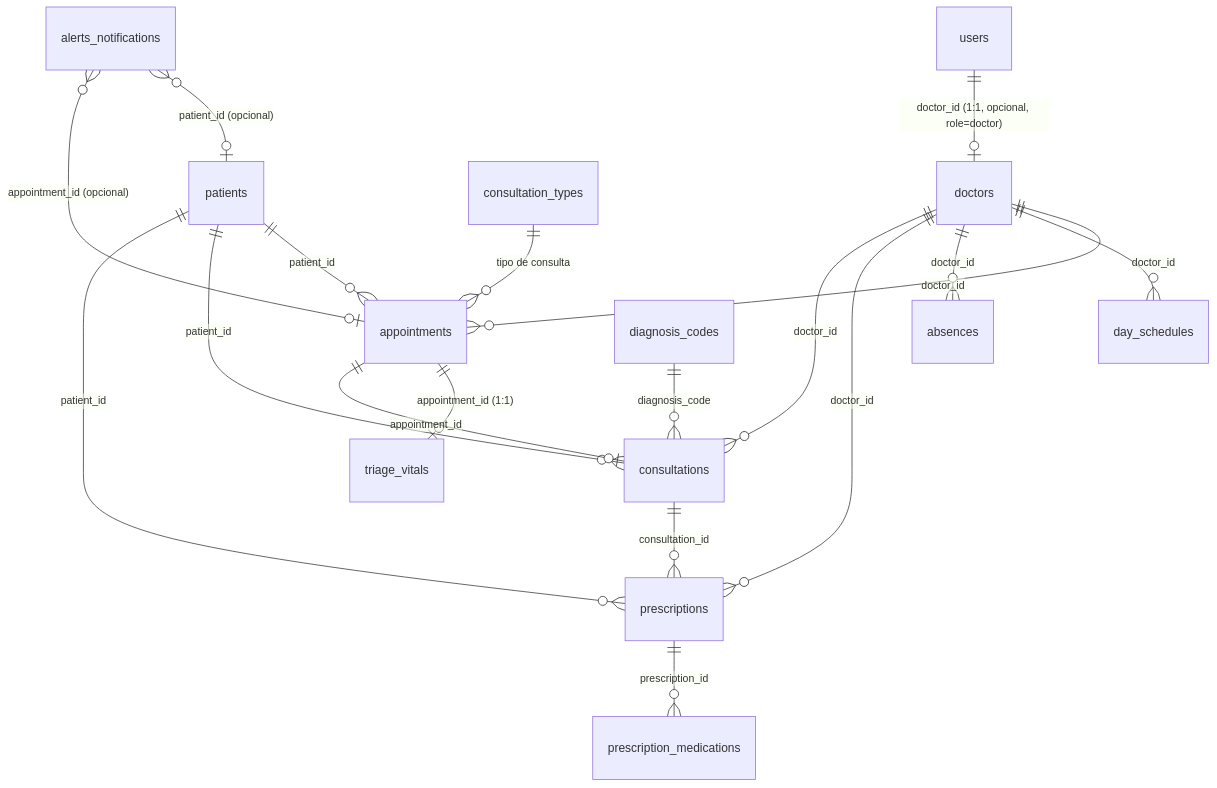
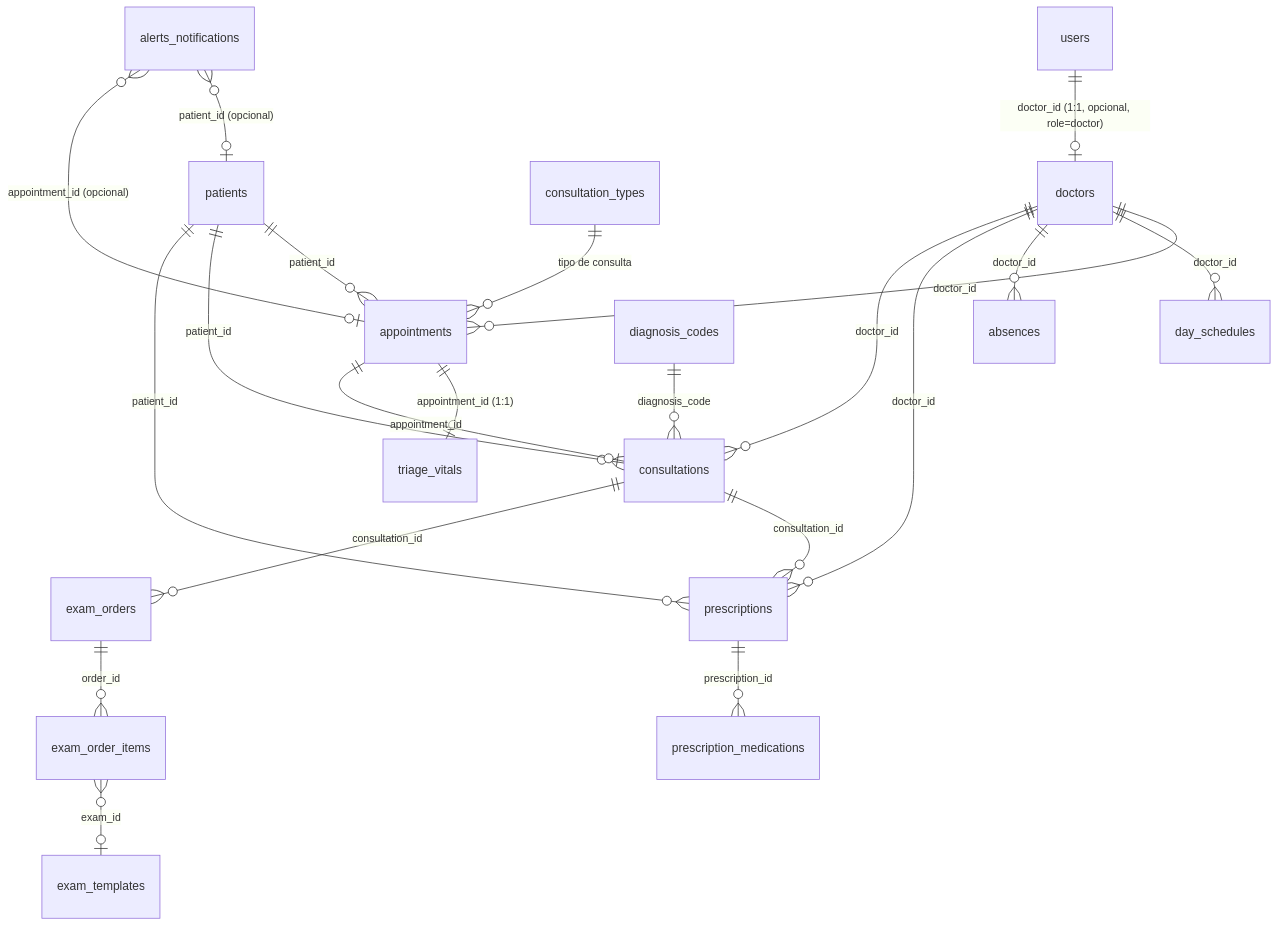
The diagram in docs/DB_STRUCTURE_PROPOSAL.md (valeriacampos17/MedControl-Clinical-Suite), drawn with Mermaid before and after one commit. The commit also changed other lines of this file and 6 other files, not shown here.

````diff
--- a/docs/DB_STRUCTURE_PROPOSAL.md
+++ b/docs/DB_STRUCTURE_PROPOSAL.md
@@ -23,20 +23,23 @@
 ```mermaid
 erDiagram
     users ||--o| doctors : "doctor_id (1:1, opcional, role=doctor)"
     doctors ||--o{ appointments : "doctor_id"
     doctors ||--o{ day_schedules : "doctor_id"
     doctors ||--o{ absences : "doctor_id"
     doctors ||--o{ prescriptions : "doctor_id"
     doctors ||--o{ consultations : "doctor_id"
     patients ||--o{ appointments : "patient_id"
     patients ||--o{ consultations : "patient_id"
     patients ||--o{ prescriptions : "patient_id"
     appointments ||--o| triage_vitals : "appointment_id (1:1)"
     appointments ||--o| consultations : "appointment_id"
     consultations ||--o{ prescriptions : "consultation_id"
     prescriptions ||--o{ prescription_medications : "prescription_id"
+    consultations ||--o{ exam_orders : "consultation_id"
+    exam_orders ||--o{ exam_order_items : "order_id"
+    exam_order_items }o--o| exam_templates : "exam_id"
     consultation_types ||--o{ appointments : "tipo de consulta"
     diagnosis_codes ||--o{ consultations : "diagnosis_code"
     alerts_notifications }o--o| patients : "patient_id (opcional)"
     alerts_notifications }o--o| appointments : "appointment_id (opcional)"
 ```
````
